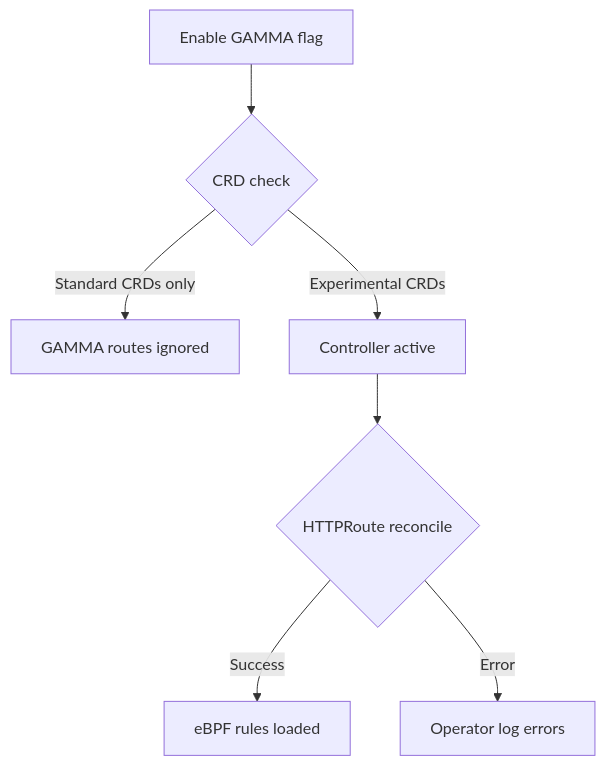
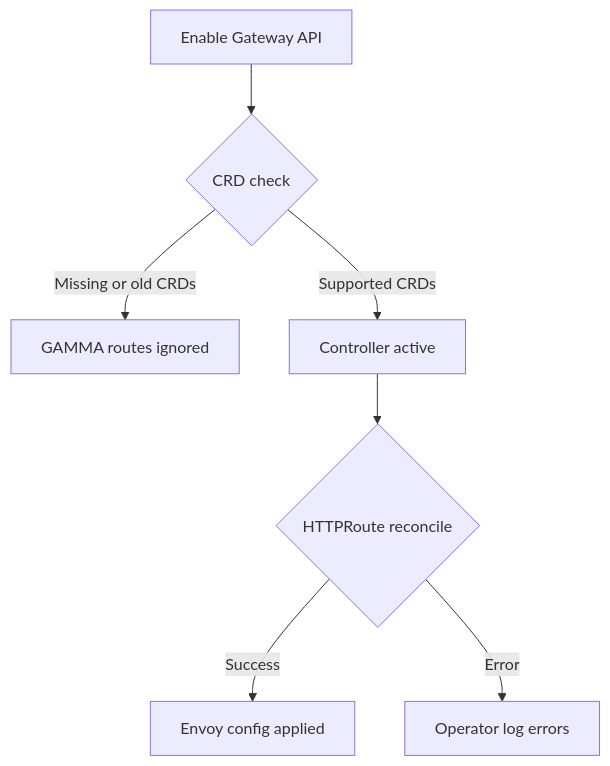
The diagram in posts/2026-03-13-troubleshoot-cilium-gamma-support-gateway-api/README.md (OneUptime/blog), drawn with Mermaid before and after one commit. The commit also changed other lines of this file and 2 other files, not shown here.

Commit message:
validate: 2026-03-13-troubleshoot-cilium-gamma-support-gateway-api

````diff
--- a/posts/2026-03-13-troubleshoot-cilium-gamma-support-gateway-api/README.md
+++ b/posts/2026-03-13-troubleshoot-cilium-gamma-support-gateway-api/README.md
@@ -45,9 +45,9 @@
 ```mermaid
 flowchart TD
-    A[Enable GAMMA flag] --> B{CRD check}
-    B -->|Standard CRDs only| C[GAMMA routes ignored]
-    B -->|Experimental CRDs| D[Controller active]
+    A[Enable Gateway API] --> B{CRD check}
+    B -->|Missing or old CRDs| C[GAMMA routes ignored]
+    B -->|Supported CRDs| D[Controller active]
     D --> E{HTTPRoute reconcile}
-    E -->|Success| F[eBPF rules loaded]
+    E -->|Success| F[Envoy config applied]
     E -->|Error| G[Operator log errors]
 ```
````
